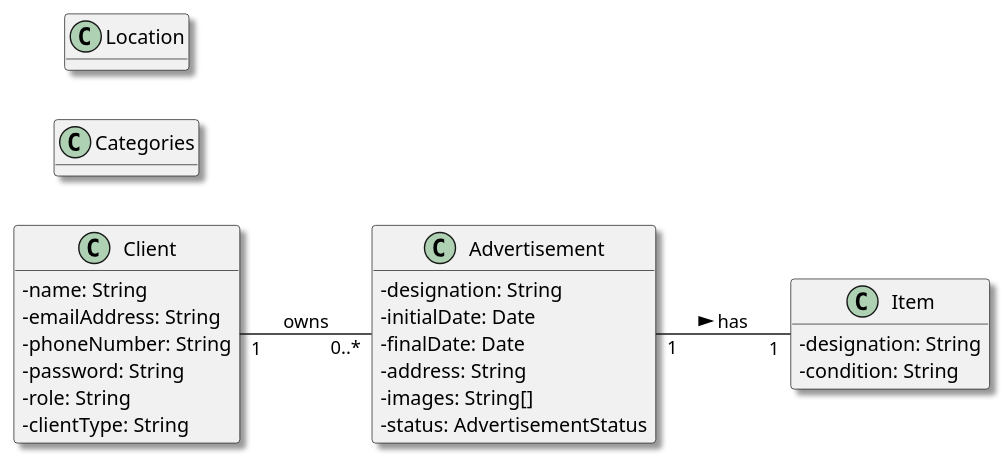
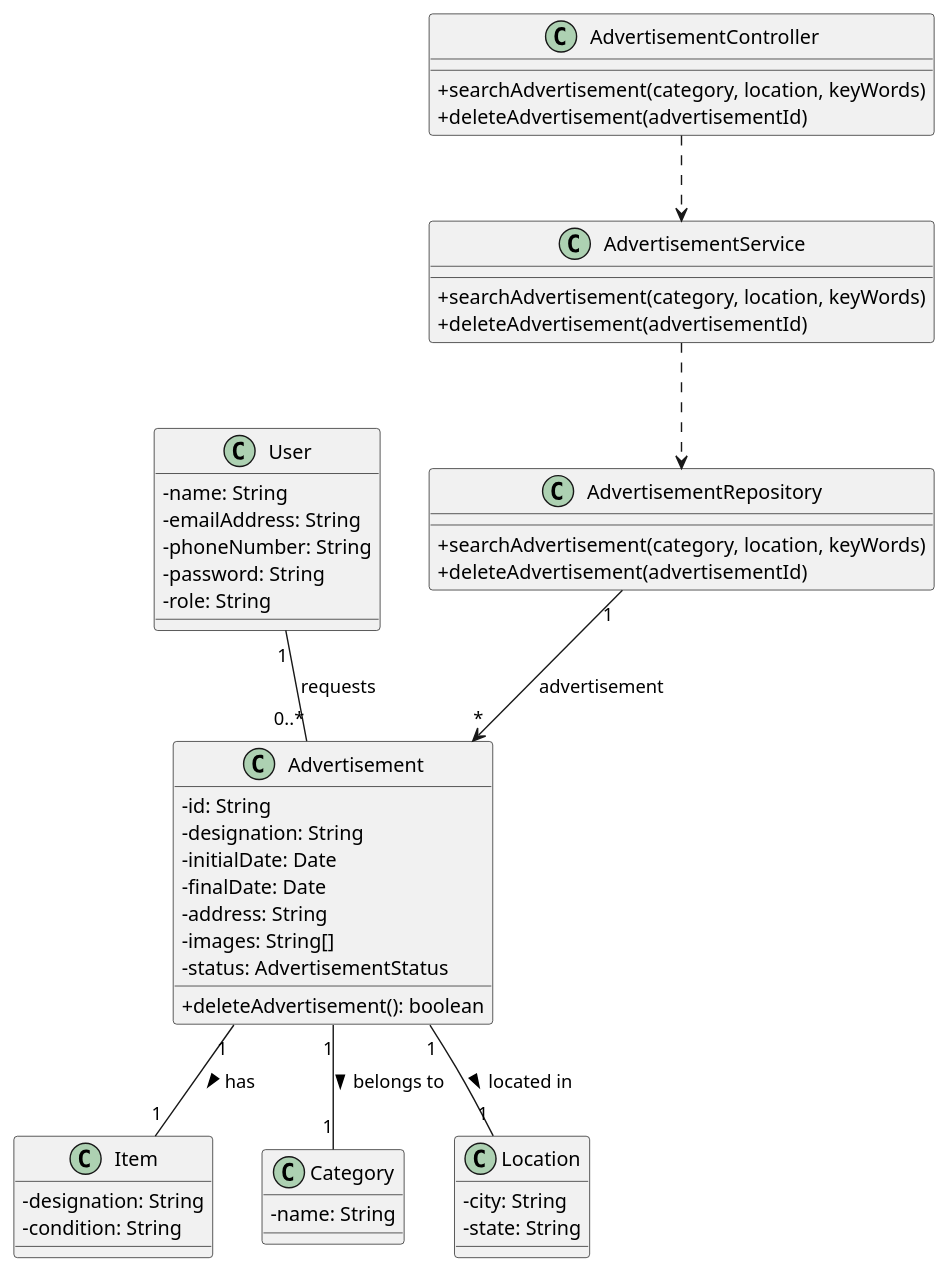
One commit to vivianeaalmeida/ComeAndGet changed the diagram in Docs/US12/02-analysis/US12-DM.puml. Above: the diagram before and after it, drawn with PlantUML. The commit also changed 27 other files, not shown here.

```diff
--- a/Docs/US12/02-analysis/US12-DM.puml
+++ b/Docs/US12/02-analysis/US12-DM.puml
@@ -1,40 +1,64 @@
 @startuml
-skinparam monochrome false
 skinparam packageStyle rectangle
-skinparam shadowing true
-left to right direction
+skinparam shadowing false
 skinparam classAttributeIconSize 0
-hide methods
 
-class Client {
-      - name: String
-      - emailAddress: String
-      - phoneNumber: String
-      - password: String
-      - role: String
-      - clientType: String
+class User {
+    - name: String
+    - emailAddress: String
+    - phoneNumber: String
+    - password: String
+    - role: String
 }
 
 class Item {
     - designation: String
     - condition: String
 }
 
 class Advertisement {
+    - id: String
     - designation: String
     - initialDate: Date
     - finalDate: Date
     - address: String
     - images: String[]
     - status: AdvertisementStatus
+    + deleteAdvertisement(): boolean
 }
 
-class Categories
+class Category {
+    - name: String
+}
 
-class Location
+class Location {
+    - city: String
+    - state: String
+}
+
+class AdvertisementController {
+    + searchAdvertisement(category, location, keyWords)
+    + deleteAdvertisement(advertisementId)
+}
+
+class AdvertisementService {
+    + searchAdvertisement(category, location, keyWords)
+    + deleteAdvertisement(advertisementId)
+}
+
+class AdvertisementRepository {
+    + searchAdvertisement(category, location, keyWords)
+    + deleteAdvertisement(advertisementId)
+}
 
 ' --- Associações ---
-Client "1" -- "0..*" Advertisement : owns
+User "1" -- "0..*" Advertisement : requests
 Advertisement "1" -- "1" Item : has >
+Advertisement "1" -- "1" Category : belongs to >
+Advertisement "1" -- "1" Location : located in >
+
+AdvertisementController ..> AdvertisementService
+AdvertisementService ..> AdvertisementRepository
+AdvertisementRepository "1" --> "*" Advertisement : advertisement
 
 @enduml
```
